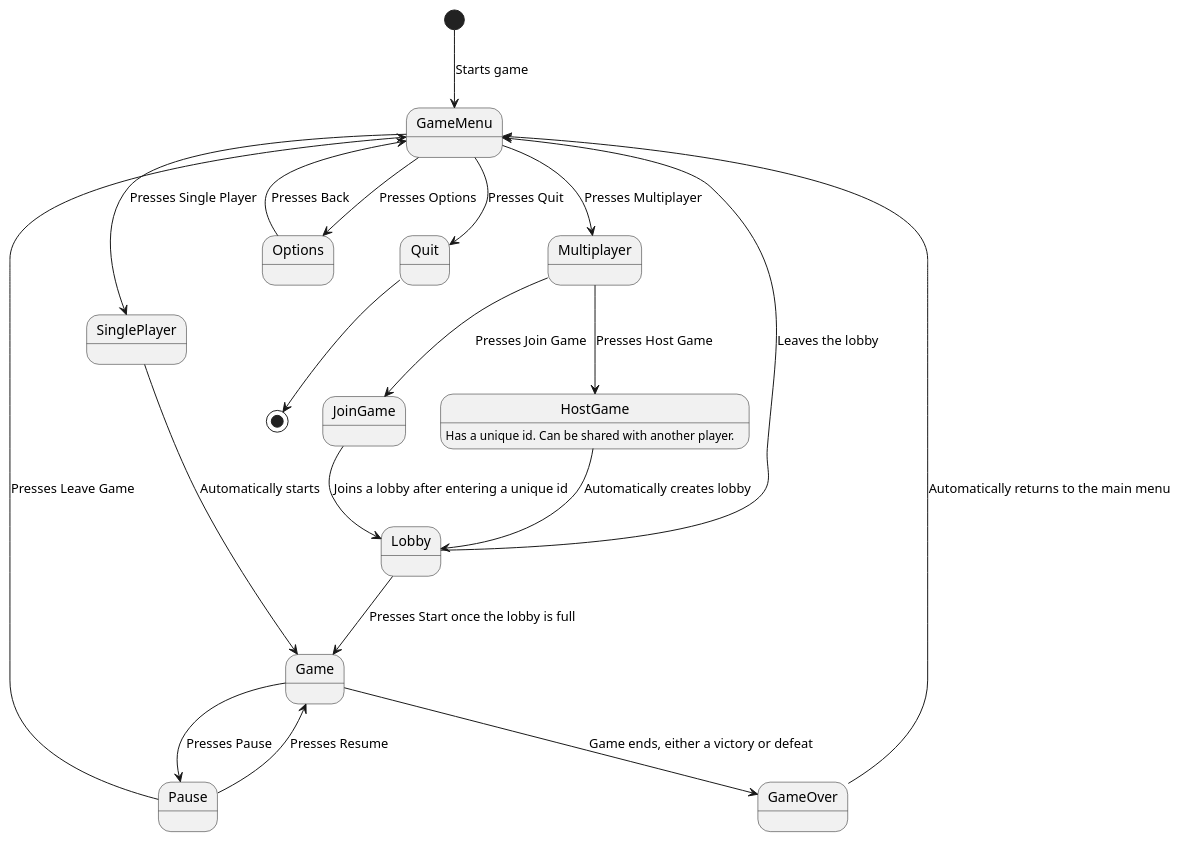
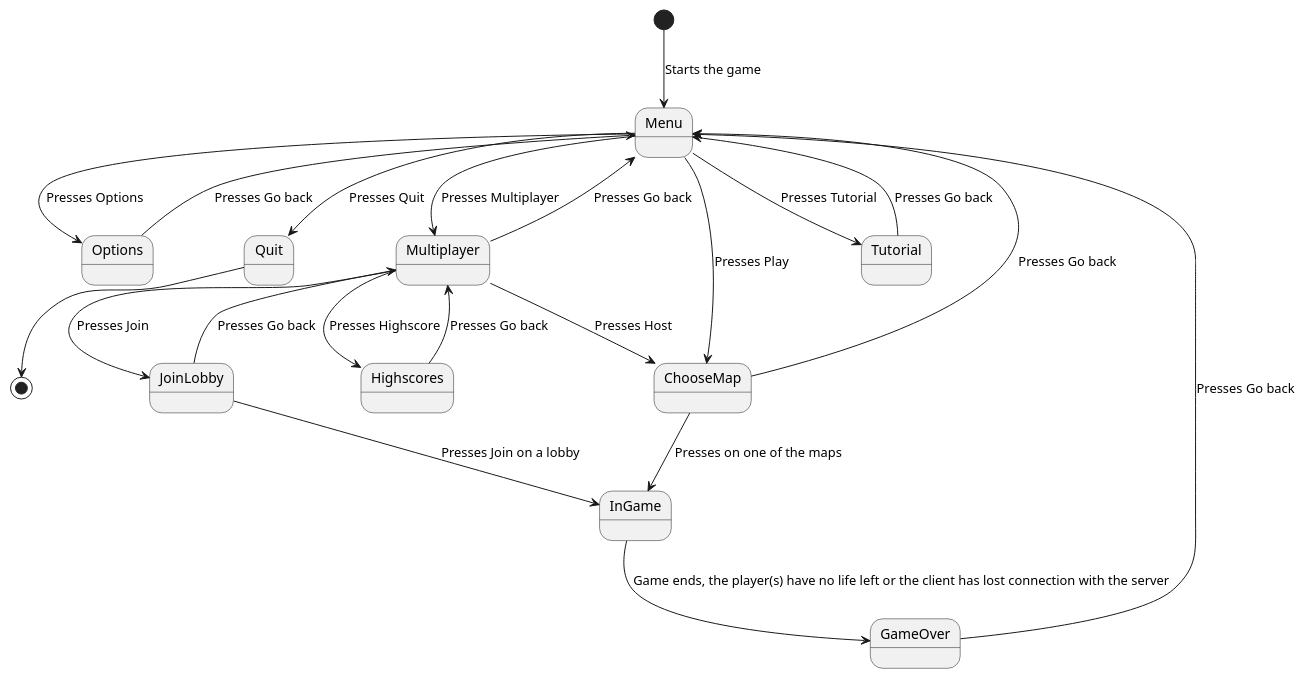
One commit to SverreNystad/besieged changed the diagram in docs/diagrams/state-diagram.puml. Above: the diagram before and after it, drawn with PlantUML. The commit also changed 4 other files, not shown here.

Commit message:
Add some diagrams

```diff
--- a/docs/diagrams/state-diagram.puml
+++ b/docs/diagrams/state-diagram.puml
@@ -1,31 +1,25 @@
 @startuml
 
-[*] --> GameMenu : Starts game
-GameMenu --> SinglePlayer : Presses Single Player
-GameMenu --> Multiplayer : Presses Multiplayer
-GameMenu --> Options : Presses Options
-GameMenu --> Quit : Presses Quit
-
-Options --> GameMenu : Presses Back
-
-Multiplayer --> HostGame : Presses Host Game
-Multiplayer --> JoinGame : Presses Join Game
-
-HostGame : Has a unique id. Can be shared with another player.
-HostGame --> Lobby : Automatically creates lobby
-JoinGame --> Lobby : Joins a lobby after entering a unique id
-Lobby --> GameMenu : Leaves the lobby
-
-SinglePlayer --> Game : Automatically starts
-Lobby --> Game : Presses Start once the lobby is full
-
-Game --> Pause : Presses Pause
-Pause --> Game : Presses Resume
-Pause --> GameMenu : Presses Leave Game
-
-Game --> GameOver : Game ends, either a victory or defeat
-GameOver --> GameMenu : Automatically returns to the main menu
+[*] --> Menu : Starts the game
+Menu --> Options : Presses Options
+Menu --> Quit : Presses Quit
+Menu --> Multiplayer : Presses Multiplayer
+Menu --> ChooseMap : Presses Play
+Menu --> Tutorial : Presses Tutorial
+Options --> Menu : Presses Go back
+Multiplayer --> Menu : Presses Go back
+ChooseMap --> Menu : Presses Go back
+Tutorial --> Menu : Presses Go back
+Multiplayer --> JoinLobby : Presses Join
+Multiplayer --> ChooseMap : Presses Host
+Multiplayer --> Highscores : Presses Highscore
+JoinLobby --> Multiplayer : Presses Go back
+JoinLobby --> InGame : Presses Join on a lobby
+ChooseMap --> InGame : Presses on one of the maps
+InGame --> GameOver : Game ends, the player(s) have no life left or the client has lost connection with the server
+GameOver --> Menu : Presses Go back
+Highscores --> Multiplayer : Presses Go back
 
 Quit --> [*]
 
 @enduml
```
